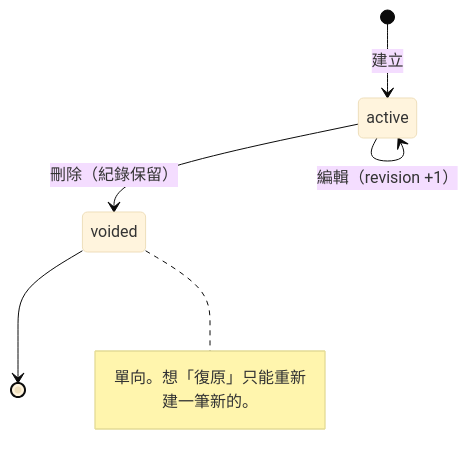
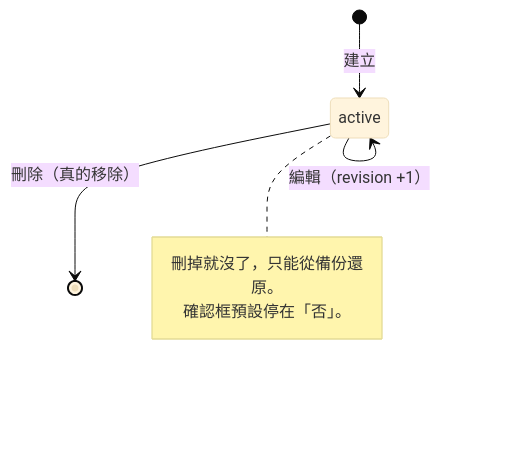
Before and after one commit to SpringRain555/tagcor-ledger: the first of 5 diagrams in docs/architecture/state-machines.md, drawn with Mermaid (base theme). The commit also changed other lines of this file and 35 other files, not shown here.

First line of the commit message:
feat(transactions): 交易的刪除改成真的移除（ADR-0017，schema v13）

````diff
--- a/docs/architecture/state-machines.md
+++ b/docs/architecture/state-machines.md
@@ -30,10 +30,10 @@
 ```mermaid
 stateDiagram-v2
     [*] --> active: 建立
     active --> active: 編輯（revision +1）
-    active --> voided: 刪除（紀錄保留）
-    voided --> [*]
-    note right of voided
-        單向。想「復原」只能重新建一筆新的。
+    active --> [*]: 刪除（真的移除）
+    note right of active
+        刪掉就沒了，只能從備份還原。
+        確認框預設停在「否」。
     end note
 ```
````
